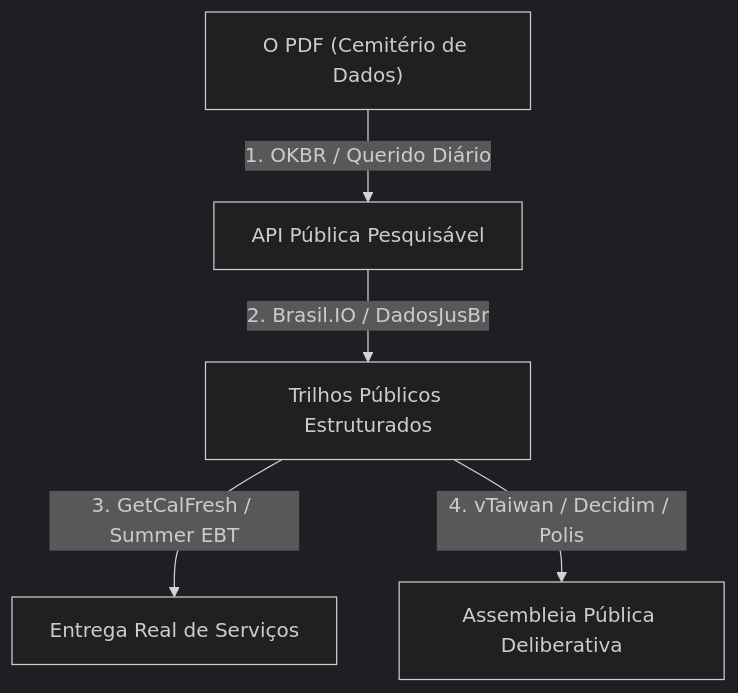
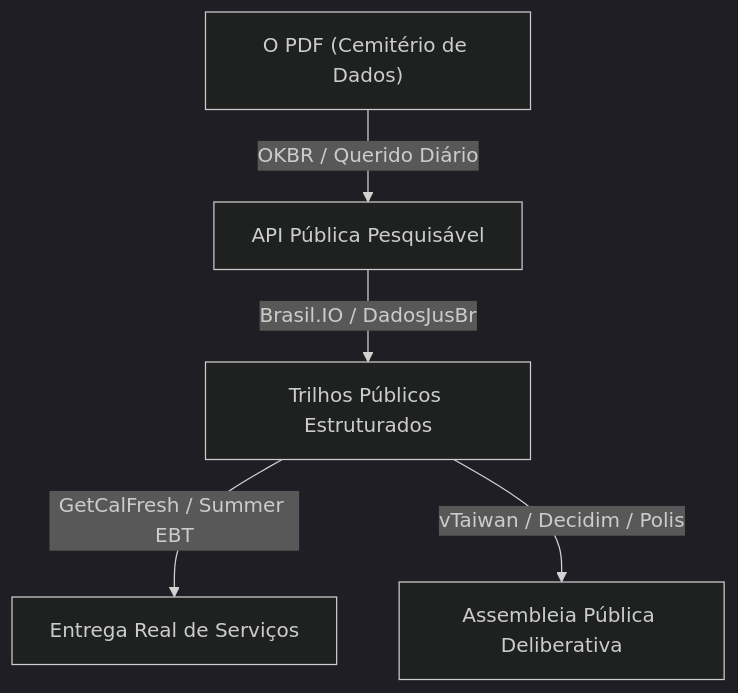
One commit to franklinbaldo/franklinbaldo.github.io changed the diagram in src/content/blog/fila-de-videos-ia-civictech.mdx. Above: the diagram before and after it, drawn with Mermaid (dark theme). The commit also changed other lines of this file and 11 other files, not shown here.

````diff
--- a/src/content/blog/fila-de-videos-ia-civictech.mdx
+++ b/src/content/blog/fila-de-videos-ia-civictech.mdx
@@ -99,7 +107,7 @@
 ```mermaid
 graph TD
-  PDF["O PDF (Cemitério de Dados)"] -->|1. OKBR / Querido Diário| API["API Pública Pesquisável"]
-  API -->|2. Brasil.IO / DadosJusBr| Structured["Trilhos Públicos Estruturados"]
-  Structured -->|3. GetCalFresh / Summer EBT| Service["Entrega Real de Serviços"]
-  Structured -->|4. vTaiwan / Decidim / Polis| Deliberation["Assembleia Pública Deliberativa"]
+  PDF["O PDF (Cemitério de Dados)"] -->|OKBR / Querido Diário| API["API Pública Pesquisável"]
+  API -->|Brasil.IO / DadosJusBr| Structured["Trilhos Públicos Estruturados"]
+  Structured -->|GetCalFresh / Summer EBT| Service["Entrega Real de Serviços"]
+  Structured -->|vTaiwan / Decidim / Polis| Deliberation["Assembleia Pública Deliberativa"]
 ```
````
